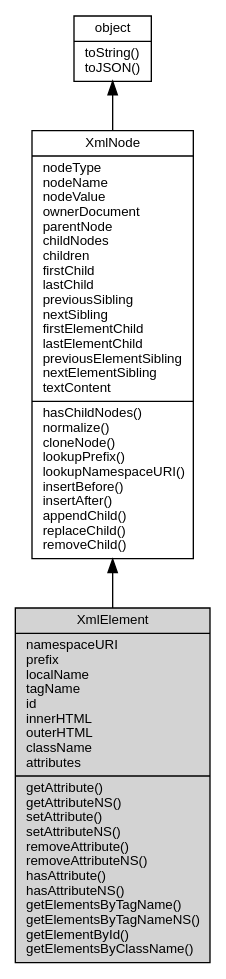
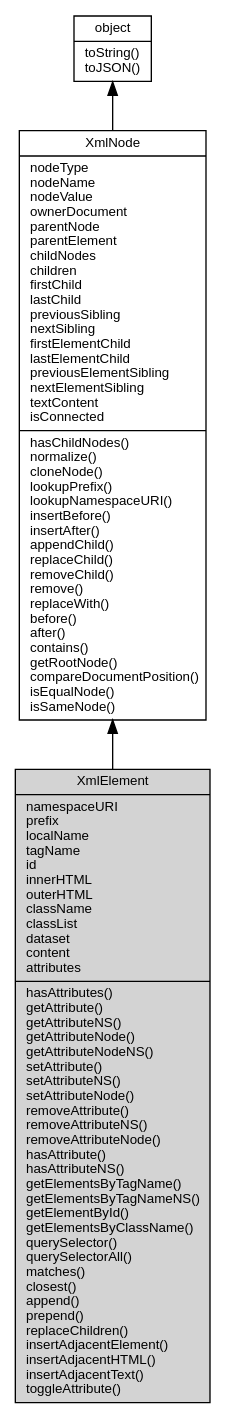
One commit to fibjs/fibjs.org changed the diagram in docs/manual/object/ifs/XmlElement.md. Above: the diagram before and after it, drawn with Graphviz. The commit also changed other lines of this file and 148 other files, not shown here.

First line of the commit message:
feat: add ZlibCodec documentation and update object graph

````diff
--- a/docs/manual/object/ifs/XmlElement.md
+++ b/docs/manual/object/ifs/XmlElement.md
@@ -5,12 +5,12 @@
 ```dot
 digraph {
     node [fontname="Helvetica,sans-Serif", fontsize=10, shape="record", style="filled", fillcolor="white"];
 
     object [tooltip="object", URL="object.md", label="{object|toString()\ltoJSON()\l}"];
-    XmlNode [tooltip="XmlNode", URL="XmlNode.md", label="{XmlNode|nodeType\lnodeName\lnodeValue\lownerDocument\lparentNode\lchildNodes\lchildren\lfirstChild\llastChild\lpreviousSibling\lnextSibling\lfirstElementChild\llastElementChild\lpreviousElementSibling\lnextElementSibling\ltextContent\l|hasChildNodes()\lnormalize()\lcloneNode()\llookupPrefix()\llookupNamespaceURI()\linsertBefore()\linsertAfter()\lappendChild()\lreplaceChild()\lremoveChild()\l}"];
-    XmlElement [tooltip="XmlElement", fillcolor="lightgray", id="me", label="{XmlElement|namespaceURI\lprefix\llocalName\ltagName\lid\linnerHTML\louterHTML\lclassName\lattributes\l|getAttribute()\lgetAttributeNS()\lsetAttribute()\lsetAttributeNS()\lremoveAttribute()\lremoveAttributeNS()\lhasAttribute()\lhasAttributeNS()\lgetElementsByTagName()\lgetElementsByTagNameNS()\lgetElementById()\lgetElementsByClassName()\l}"];
+    XmlNode [tooltip="XmlNode", URL="XmlNode.md", label="{XmlNode|nodeType\lnodeName\lnodeValue\lownerDocument\lparentNode\lparentElement\lchildNodes\lchildren\lfirstChild\llastChild\lpreviousSibling\lnextSibling\lfirstElementChild\llastElementChild\lpreviousElementSibling\lnextElementSibling\ltextContent\lisConnected\l|hasChildNodes()\lnormalize()\lcloneNode()\llookupPrefix()\llookupNamespaceURI()\linsertBefore()\linsertAfter()\lappendChild()\lreplaceChild()\lremoveChild()\lremove()\lreplaceWith()\lbefore()\lafter()\lcontains()\lgetRootNode()\lcompareDocumentPosition()\lisEqualNode()\lisSameNode()\l}"];
+    XmlElement [tooltip="XmlElement", fillcolor="lightgray", id="me", label="{XmlElement|namespaceURI\lprefix\llocalName\ltagName\lid\linnerHTML\louterHTML\lclassName\lclassList\ldataset\lcontent\lattributes\l|hasAttributes()\lgetAttribute()\lgetAttributeNS()\lgetAttributeNode()\lgetAttributeNodeNS()\lsetAttribute()\lsetAttributeNS()\lsetAttributeNode()\lremoveAttribute()\lremoveAttributeNS()\lremoveAttributeNode()\lhasAttribute()\lhasAttributeNS()\lgetElementsByTagName()\lgetElementsByTagNameNS()\lgetElementById()\lgetElementsByClassName()\lquerySelector()\lquerySelectorAll()\lmatches()\lclosest()\lappend()\lprepend()\lreplaceChildren()\linsertAdjacentElement()\linsertAdjacentHTML()\linsertAdjacentText()\ltoggleAttribute()\l}"];
 
     object -> XmlNode [dir=back];
     XmlNode -> XmlElement [dir=back];
 }
 ```
````
